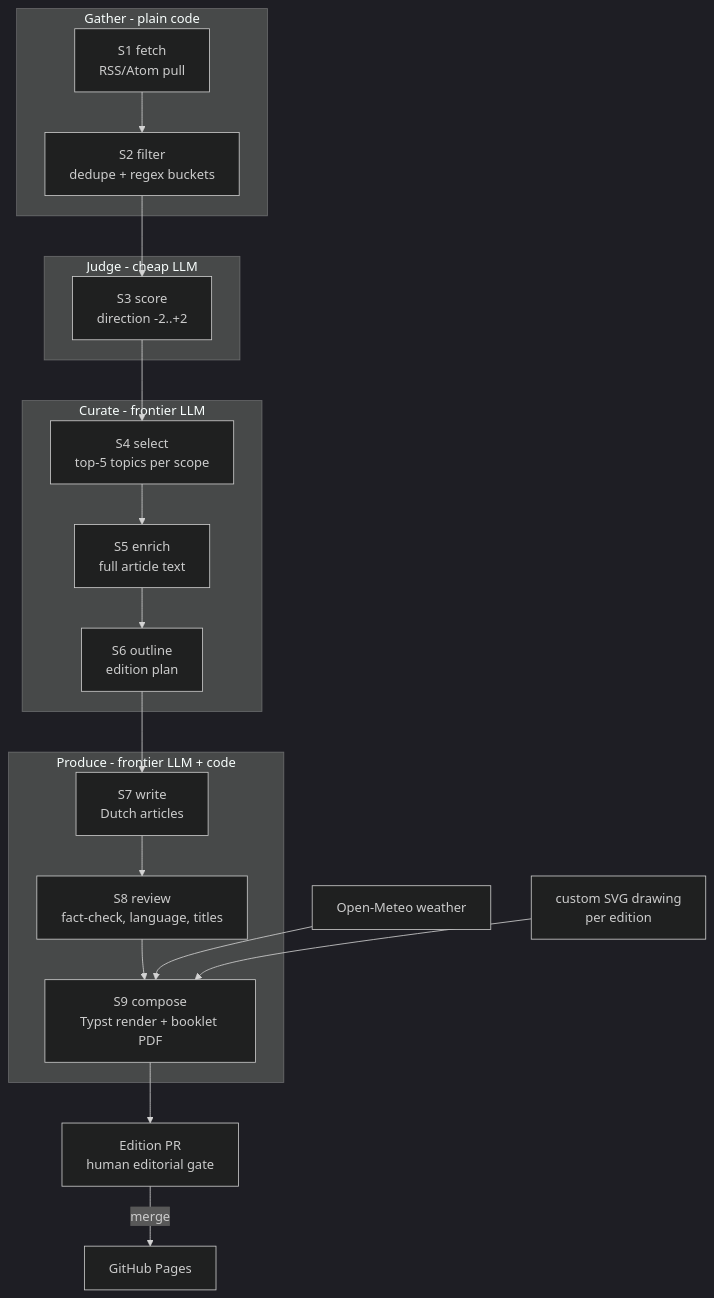
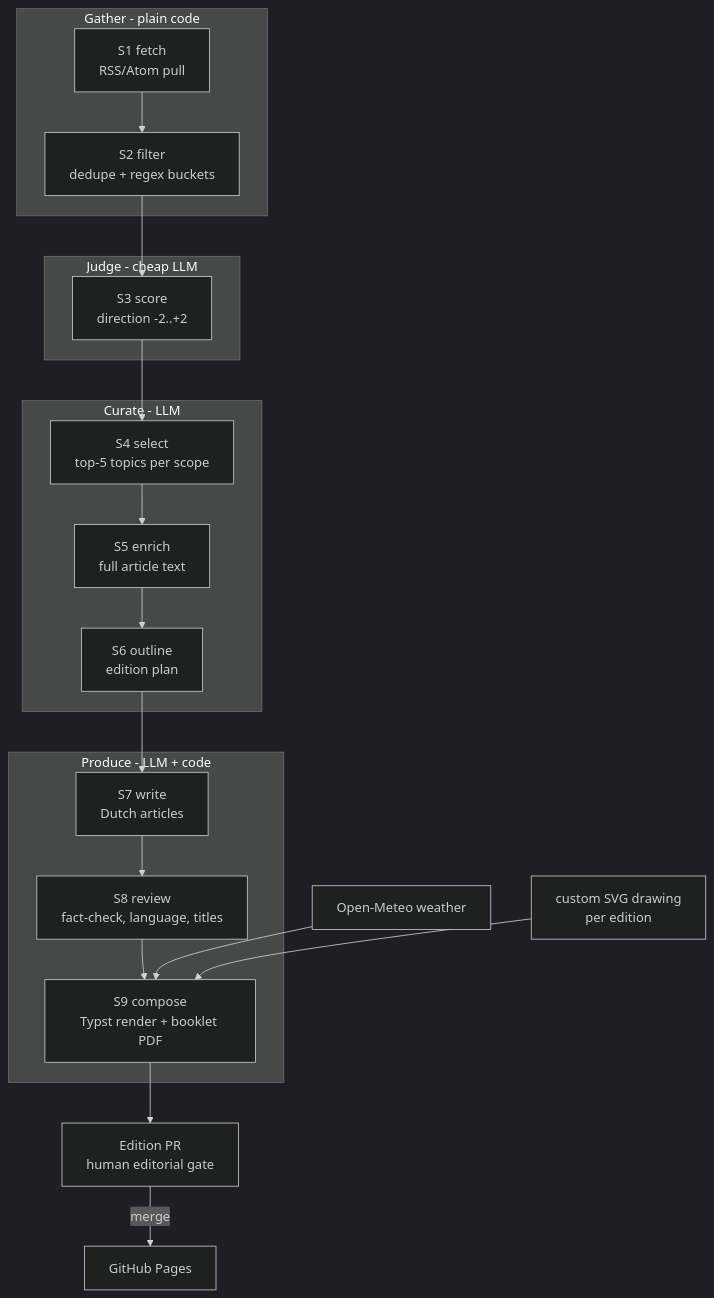
The diagram in docs/ARCHITECTURE.md (Paumen/Zonzijde), drawn with Mermaid (dark theme) before and after one commit. The commit also changed other lines of this file and 12 other files, not shown here.

First line of the commit message:
llm: replace light/frontier tiers with per-stage model config

````diff
--- a/docs/ARCHITECTURE.md
+++ b/docs/ARCHITECTURE.md
@@ -46,24 +46,24 @@
 ```mermaid
 flowchart TD
     subgraph gather [Gather - plain code]
         S1[S1 fetch\nRSS/Atom pull] --> S2[S2 filter\ndedupe + regex buckets]
     end
     subgraph judge [Judge - cheap LLM]
         S3[S3 score\ndirection -2..+2]
     end
-    subgraph curate [Curate - frontier LLM]
+    subgraph curate [Curate - LLM]
         S4[S4 select\ntop-5 topics per scope]
         S5[S5 enrich\nfull article text]
         S6[S6 outline\nedition plan]
     end
-    subgraph produce [Produce - frontier LLM + code]
+    subgraph produce [Produce - LLM + code]
         S7[S7 write\nDutch articles]
         S8[S8 review\nfact-check, language, titles]
         S9[S9 compose\nTypst render + booklet PDF]
     end
     S2 --> S3 --> S4 --> S5 --> S6 --> S7 --> S8 --> S9
     S9 --> PR[Edition PR\nhuman editorial gate]
     PR -->|merge| Pages[GitHub Pages]
     W[Open-Meteo weather] --> S9
     A[custom SVG drawing\nper edition] --> S9
 ```
````
